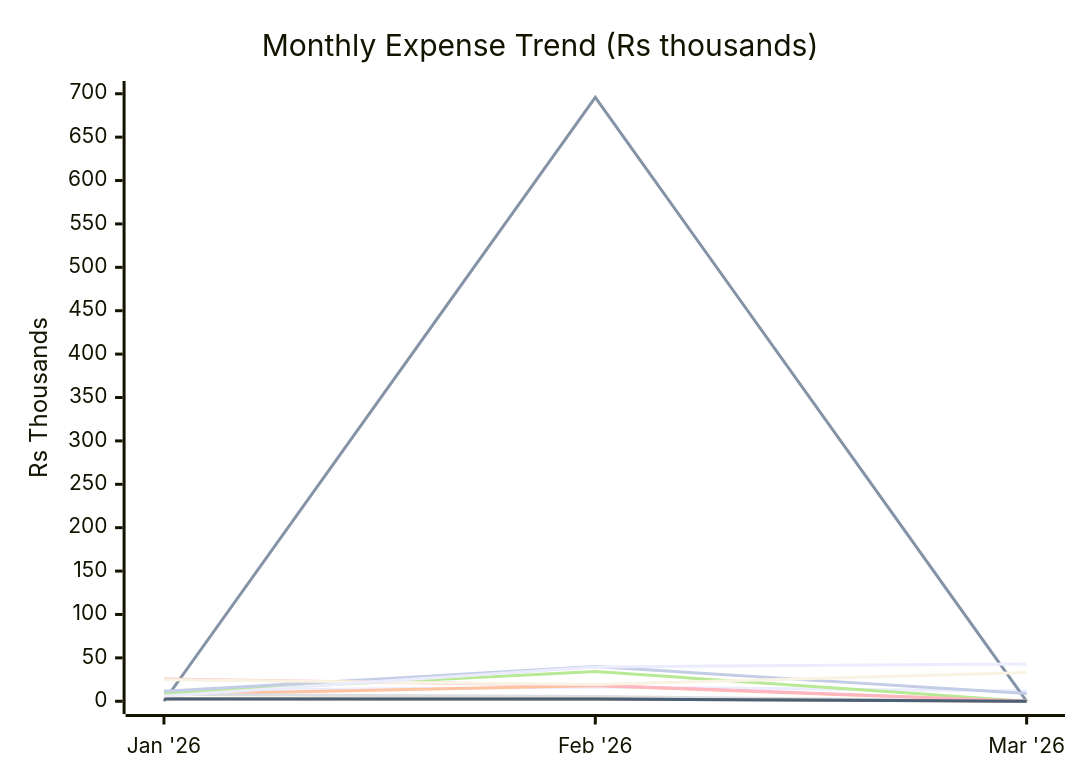
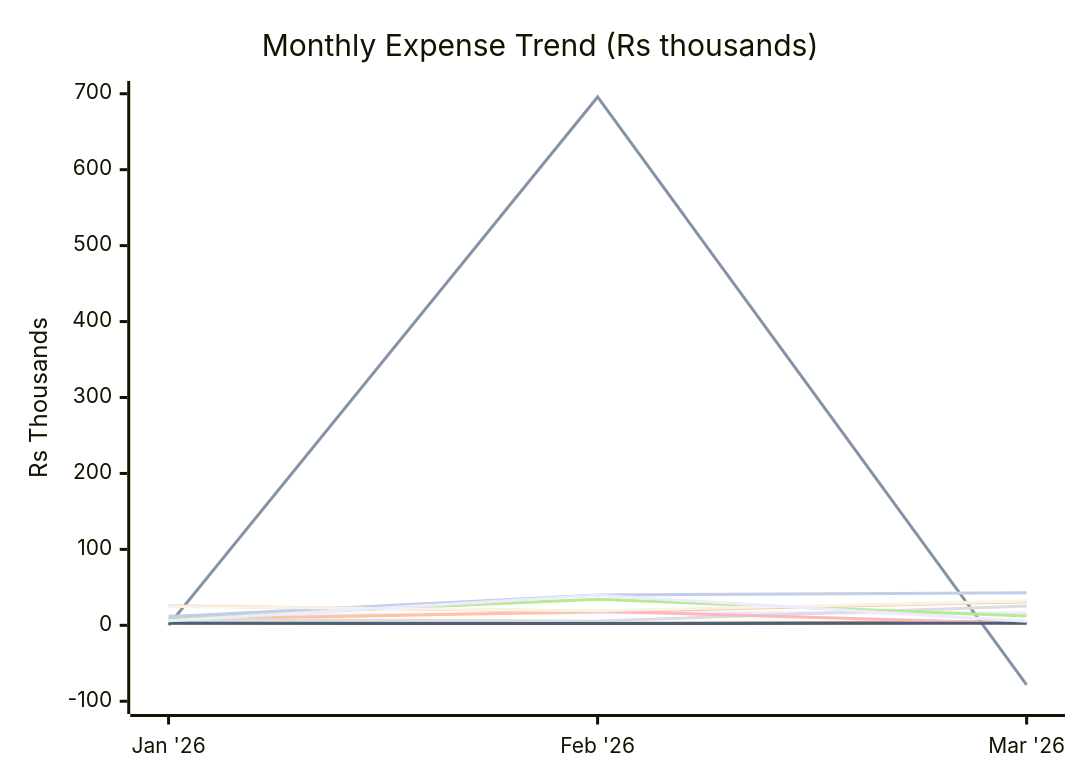
Before and after one commit to sachin-hg/expense-reporter: the first of 2 diagrams in reports/2026-03.md, drawn with Mermaid. The commit also changed other lines of this file and 20 other files, not shown here.

````diff
--- a/reports/2026-03.md
+++ b/reports/2026-03.md
@@ -24,17 +24,17 @@
 ```mermaid
 xychart-beta
     title "Monthly Expense Trend (Rs thousands)"
     x-axis ["Jan '26", "Feb '26", "Mar '26"]
-    y-axis "Rs Thousands" 0 --> 700
-    line "Travel" [12.1, 16.5, 11.7]
-    line "Trip" [0.0, 695.8, 0.0]
-    line "Shopping" [7.8, 17.8, 0.0]
-    line "Baby" [7.7, 5.6, 0.0]
-    line "Outside Food" [9.5, 34.3, 0.0]
-    line "Grocery" [2.9, 2.6, 0.0]
-    line "Utilities & Bills" [11.5, 39.9, 8.9]
-    line "Health, Fitness & Self Care" [25.5, 18.4, 0.0]
-    line "Upskill / AI" [2.6, 2.5, 0.0]
-    line "Rohan" [24.8, 19.3, 33.0]
-    line "Others" [6.0, 39.6, 43.0]
+    y-axis "Rs Thousands" -100 --> 700
+    line "Travel" [12.1, 16.5, 16.3]
+    line "Trip" [0.0, 695.8, -78.3]
+    line "Shopping" [7.8, 17.8, 31.0]
+    line "Baby" [7.7, 5.6, 25.3]
+    line "Outside Food" [9.5, 34.3, 12.1]
+    line "Grocery" [2.9, 2.6, 4.7]
+    line "Utilities & Bills" [11.5, 39.9, 42.8]
+    line "Health, Fitness & Self Care" [25.5, 18.4, 2.5]
+    line "Upskill / AI" [2.6, 2.5, 2.6]
+    line "Rohan" [24.8, 19.3, 32.0]
+    line "Others" [6.0, 39.6, 5.4]
 ```
````
